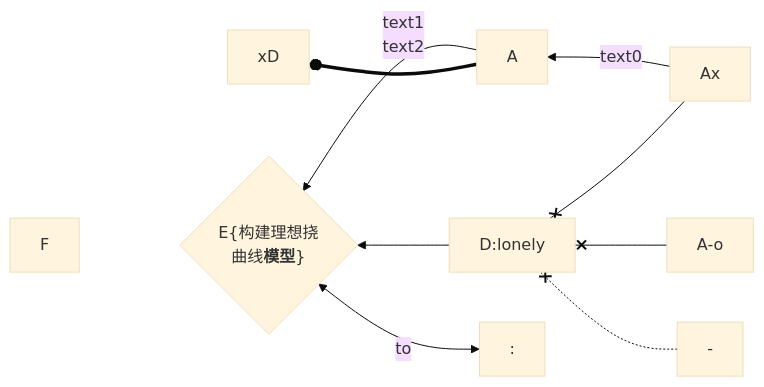
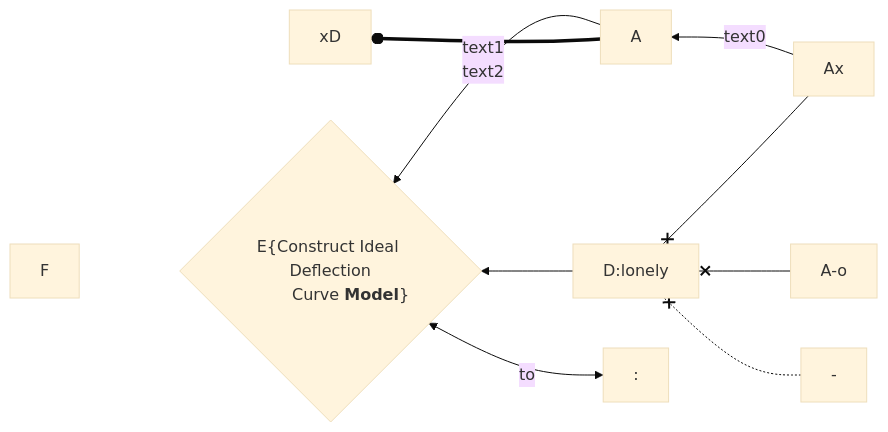
The fifth of 9 diagrams in md2visio/test/graph.md (sleetish/md2visio-gui), drawn with Mermaid before and after one commit. The commit also changed other lines of this file and 11 other files, not shown here.

``````diff
--- a/md2visio/test/graph.md
+++ b/md2visio/test/graph.md
@@ -99,24 +99,24 @@
 ````mermaid
 %%{init: {'theme':'base'}}%%
 graph RL
     - -.-x D
     
     A ==o xD
     A-o--xD   
     
     Ax--xD
     Ax--text0
     -->
     A --"text1"
     text2
     --> E 
     
-    D --> E{"`E{构建理想挠
-    	曲线**模型**}`"}
+    D --> E{"`E{Construct Ideal Deflection
+	Curve **Model**}`"}
     
     D[
     D:lonely
     ]
         
     : <-- to --> E ~~~~ F
 `````
``````
